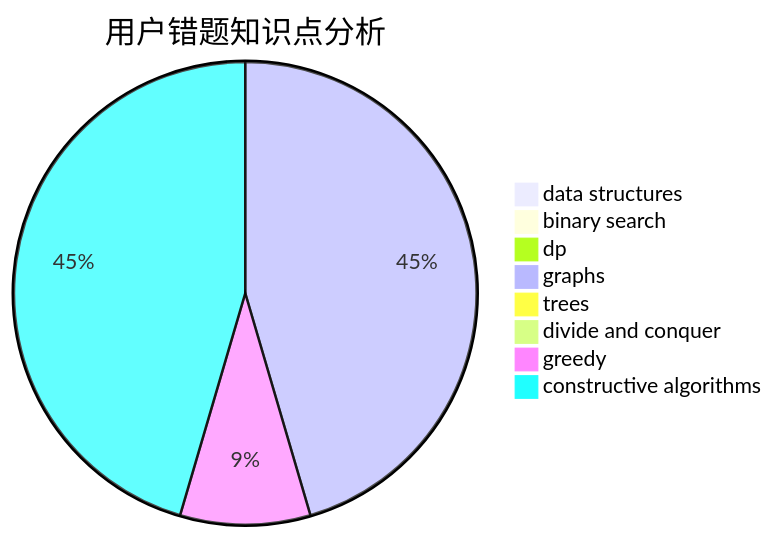
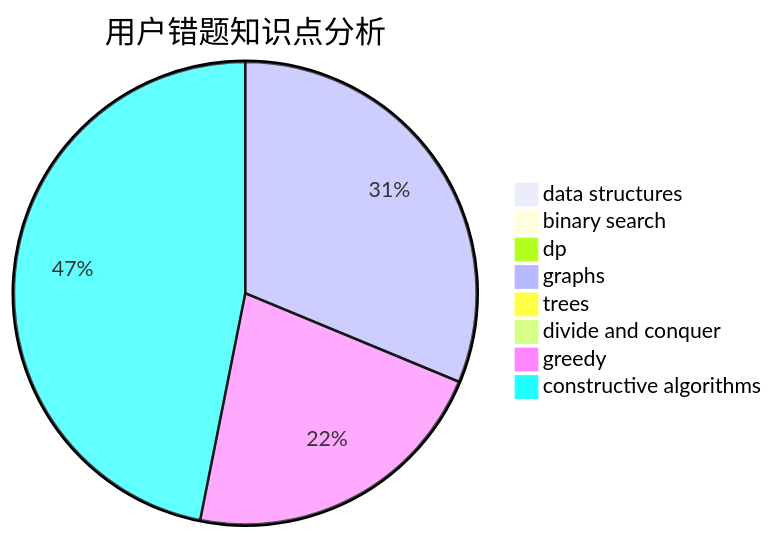
One commit to sherpahu/cfrs.github.io changed the third of 3 diagrams in docs/user/u1916.md. Above: the diagram before and after it, drawn with Mermaid. The commit also changed other lines of this file and 2770 other files, not shown here.

````diff
--- a/docs/user/u1916.md
+++ b/docs/user/u1916.md
@@ -36,11 +36,11 @@
 ```mermaid
 pie title 用户错题知识点分析
     "data structures" :  0
     "binary search" :  0
     "dp" :  0
     "graphs" :  10
     "trees" :  0
     "divide and conquer" :  0
-    "greedy" :  2
-    "constructive algorithms" :  10
+    "greedy" :  7
+    "constructive algorithms" :  15
 ```
````
